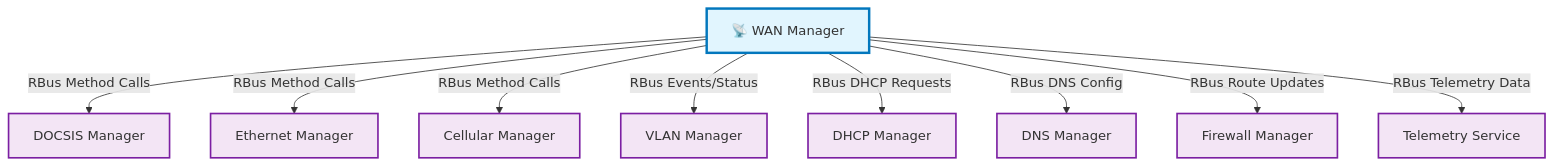
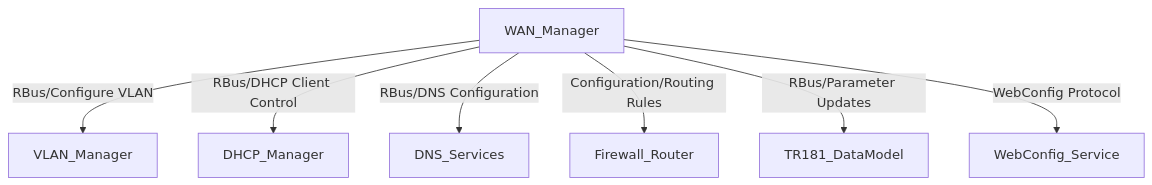
The fifth of 7 diagrams in docs/docu/WANMgr_Claude_2609.md (rns21/RDK_Documentation), drawn with Mermaid before and after one commit. The commit also changed other lines of this file and 19 other files, not shown here.

````diff
--- a/docs/docu/WANMgr_Claude_2609.md
+++ b/docs/docu/WANMgr_Claude_2609.md
@@ -186,19 +208,9 @@
 ```mermaid
 flowchart TD
-    WAN_Manager[📡 WAN Manager] 
-    
-    WAN_Manager -->|RBus Method Calls| DOCSIS_Manager[DOCSIS Manager]
-    WAN_Manager -->|RBus Method Calls| ETH_Manager[Ethernet Manager] 
-    WAN_Manager -->|RBus Method Calls| CELLULAR_Manager[Cellular Manager]
-    WAN_Manager -->|RBus Events/Status| VLAN_Manager[VLAN Manager]
-    WAN_Manager -->|RBus DHCP Requests| DHCP_Manager[DHCP Manager]
-    WAN_Manager -->|RBus DNS Config| DNS_Manager[DNS Manager]
-    WAN_Manager -->|RBus Route Updates| FW_Manager[Firewall Manager]
-    WAN_Manager -->|RBus Telemetry Data| TELEMETRY[Telemetry Service]
-    
-    classDef wanmgr fill:#e1f5fe,stroke:#0277bd,stroke-width:3px;
-    classDef rdkb fill:#f3e5f5,stroke:#7b1fa2,stroke-width:2px;
-    
-    class WAN_Manager wanmgr;
-    class DOCSIS_Manager,ETH_Manager,CELLULAR_Manager,VLAN_Manager,DHCP_Manager,DNS_Manager,FW_Manager,TELEMETRY rdkb;
+    WAN_Manager -->|RBus/Configure VLAN| VLAN_Manager
+    WAN_Manager -->|RBus/DHCP Client Control| DHCP_Manager
+    WAN_Manager -->|RBus/DNS Configuration| DNS_Services
+    WAN_Manager -->|Configuration/Routing Rules| Firewall_Router
+    WAN_Manager -->|RBus/Parameter Updates| TR181_DataModel
+    WAN_Manager -->|WebConfig Protocol| WebConfig_Service
 ```
````
